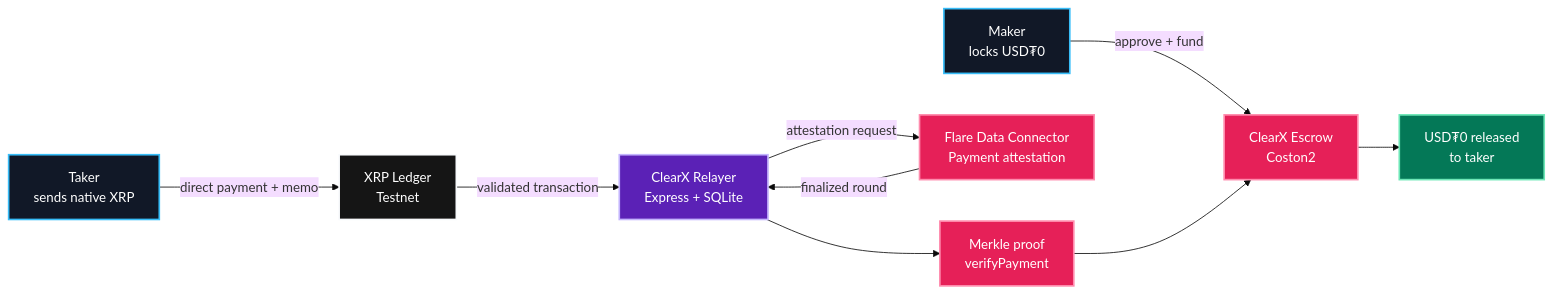
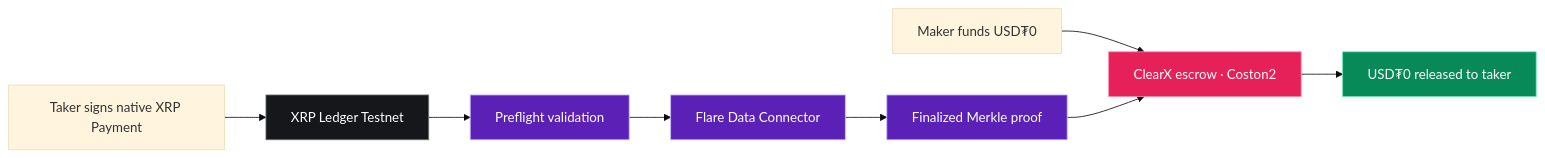
One commit to NikhilRaikwar/ClearX changed the diagram in README.md. Above: the diagram before and after it, drawn with Mermaid (base theme). The commit also changed other lines of this file and 7 other files, not shown here.

````diff
--- a/README.md
+++ b/README.md
@@ -39,31 +63,18 @@
 ```mermaid
 flowchart LR
-    Maker["Maker<br/>locks USD₮0"]
-    Escrow["ClearX Escrow<br/>Coston2"]
-    Taker["Taker<br/>sends native XRP"]
-    XRPL["XRP Ledger<br/>Testnet"]
-    API["ClearX Relayer<br/>Express + SQLite"]
-    FDC["Flare Data Connector<br/>Payment attestation"]
-    Proof["Merkle proof<br/>verifyPayment"]
-    Release["USD₮0 released<br/>to taker"]
-
-    Maker -->|"approve + fund"| Escrow
-    Taker -->|"direct payment + memo"| XRPL
-    XRPL -->|"validated transaction"| API
-    API -->|"attestation request"| FDC
-    FDC -->|"finalized round"| API
-    API --> Proof
-    Proof --> Escrow
-    Escrow --> Release
-
-    classDef person fill:#111827,stroke:#38bdf8,color:#fff,stroke-width:2px;
-    classDef flare fill:#e62058,stroke:#ff8bad,color:#fff,stroke-width:2px;
-    classDef xrpl fill:#151515,stroke:#f8fafc,color:#fff,stroke-width:2px;
-    classDef service fill:#5b21b6,stroke:#c4b5fd,color:#fff,stroke-width:2px;
-    classDef success fill:#047857,stroke:#6ee7b7,color:#fff,stroke-width:2px;
-    class Maker,Taker person;
-    class Escrow,FDC,Proof flare;
-    class XRPL xrpl;
-    class API service;
-    class Release success;
+  M["Maker funds USD₮0"] --> E["ClearX escrow · Coston2"]
+  T["Taker signs native XRP Payment"] --> X["XRP Ledger Testnet"]
+  X --> P["Preflight validation"]
+  P --> F["Flare Data Connector"]
+  F --> V["Finalized Merkle proof"]
+  V --> E
+  E --> R["USD₮0 released to taker"]
+  classDef flare fill:#E62058,color:#fff,stroke:#FF8AA8;
+  classDef xrpl fill:#15171A,color:#fff,stroke:#777;
+  classDef proof fill:#5B21B6,color:#fff,stroke:#C4B5FD;
+  classDef done fill:#078A58,color:#fff,stroke:#6EE7B7;
+  class E flare;
+  class X xrpl;
+  class P,F,V proof;
+  class R done;
 ```
````
